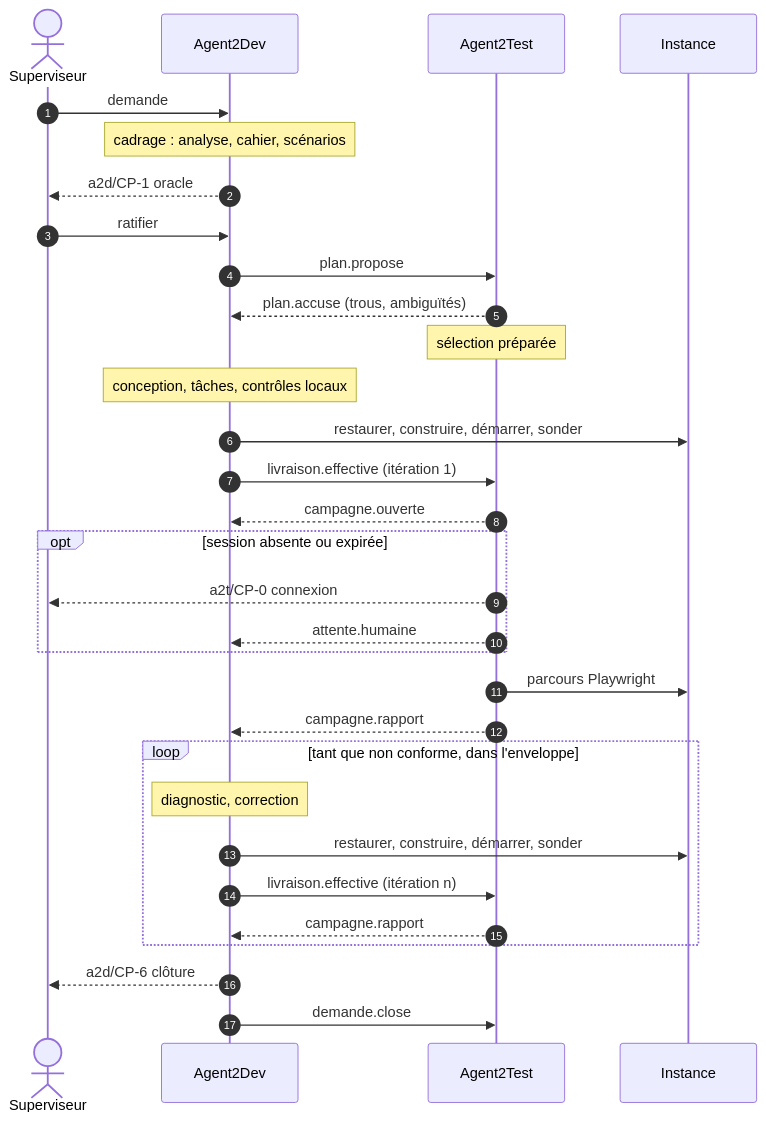
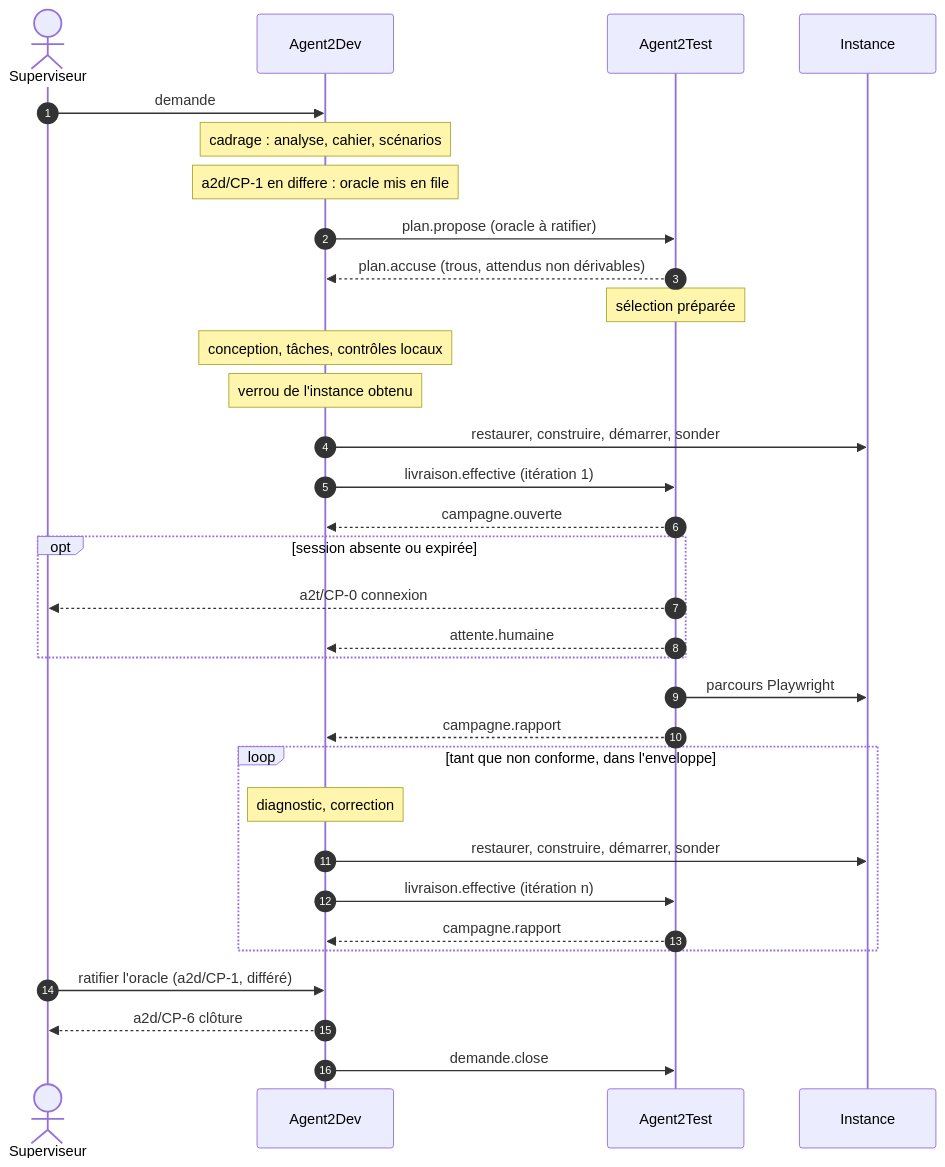
The fourth of 6 diagrams in 01-architectureBinome.md (FredGarcia/Agent2Dev), drawn with Mermaid before and after one commit. The commit also changed other lines of this file and 4 other files, not shown here.

````diff
--- a/01-architectureBinome.md
+++ b/01-architectureBinome.md
@@ -278,33 +272,34 @@
 ```mermaid
 sequenceDiagram
   autonumber
   actor H as Superviseur
   participant D as Agent2Dev
   participant T as Agent2Test
   participant A as Instance
   H->>D: demande
   Note over D: cadrage : analyse, cahier, scénarios
-  D-->>H: a2d/CP-1 oracle
-  H->>D: ratifier
-  D->>T: plan.propose
-  T-->>D: plan.accuse (trous, ambiguïtés)
+  Note over D: a2d/CP-1 en differe : oracle mis en file
+  D->>T: plan.propose (oracle à ratifier)
+  T-->>D: plan.accuse (trous, attendus non dérivables)
   Note over T: sélection préparée
   Note over D: conception, tâches, contrôles locaux
+  Note over D: verrou de l'instance obtenu
   D->>A: restaurer, construire, démarrer, sonder
   D->>T: livraison.effective (itération 1)
   T-->>D: campagne.ouverte
   opt session absente ou expirée
     T-->>H: a2t/CP-0 connexion
     T-->>D: attente.humaine
   end
   T->>A: parcours Playwright
   T-->>D: campagne.rapport
   loop tant que non conforme, dans l'enveloppe
     Note over D: diagnostic, correction
     D->>A: restaurer, construire, démarrer, sonder
     D->>T: livraison.effective (itération n)
     T-->>D: campagne.rapport
   end
+  H->>D: ratifier l'oracle (a2d/CP-1, différé)
   D-->>H: a2d/CP-6 clôture
   D->>T: demande.close
 ```
````
